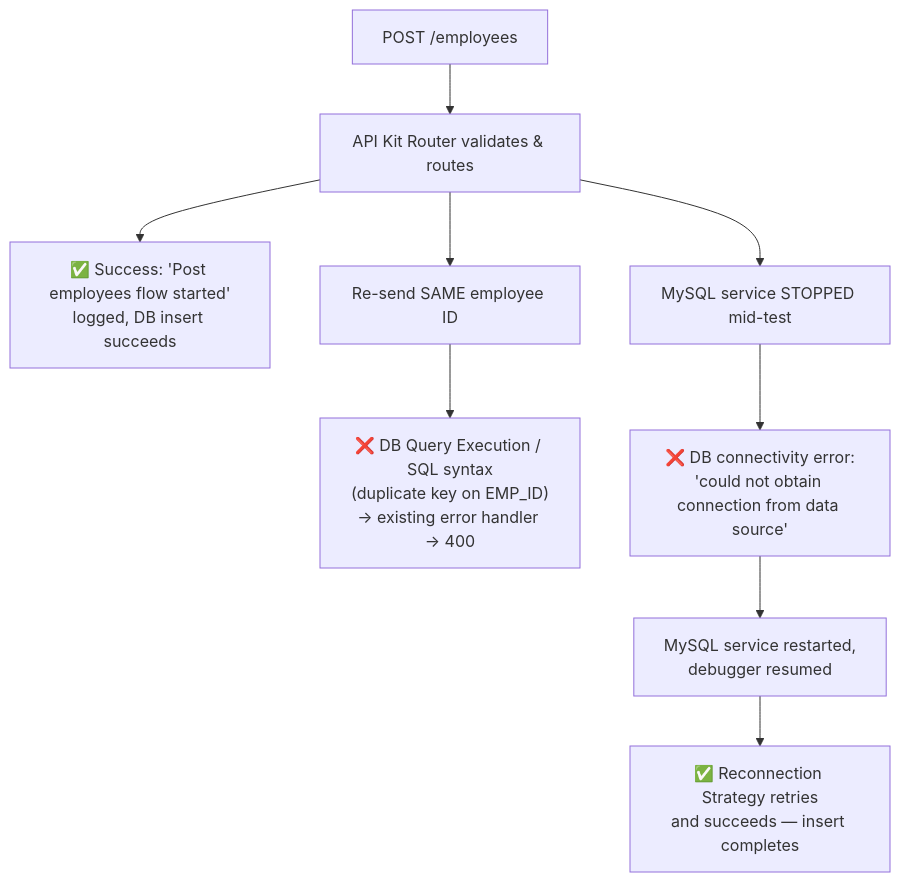
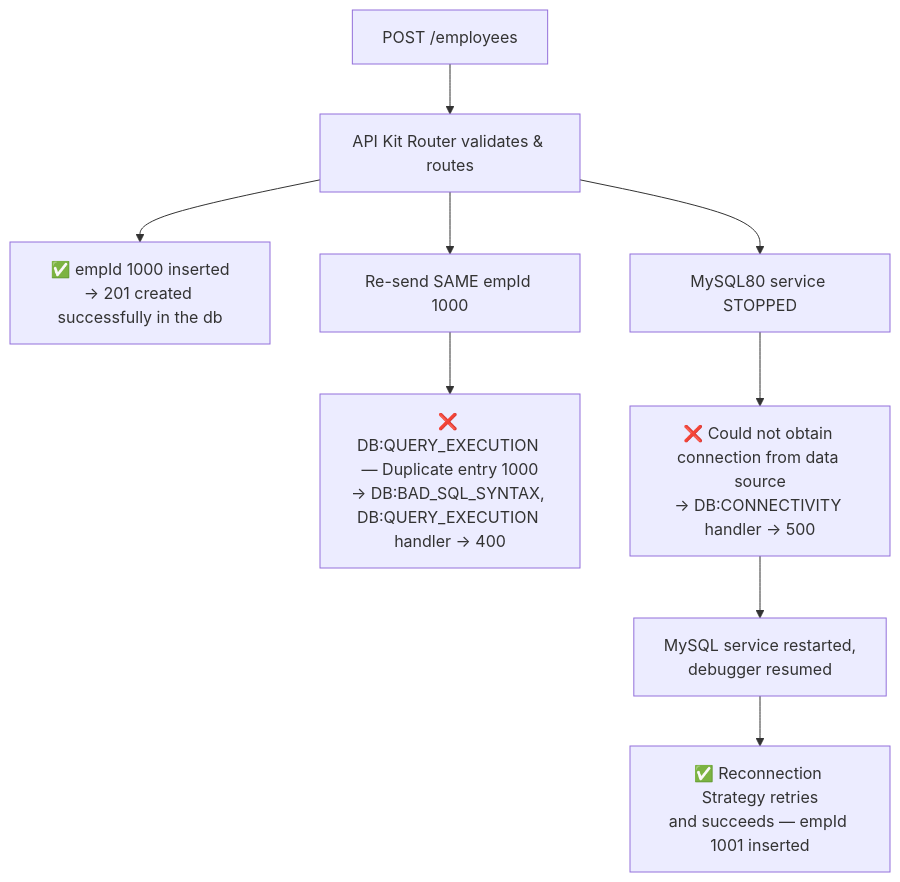
Diagram 11 of 11 in detailed-notes/day29.md (developerashok99/green-c-mule-notes), drawn with Mermaid before and after one commit. The commit also changed other lines of this file and 1 other file, not shown here.

````diff
--- a/detailed-notes/day29.md
+++ b/detailed-notes/day29.md
@@ -151,11 +183,11 @@
 ```mermaid
 flowchart TB
     Req["POST /employees"] --> Router["API Kit Router validates & routes"]
-    Router --> Success["✅ Success: 'Post employees flow started'\nlogged, DB insert succeeds"]
-    Router --> Dup["Re-send SAME employee ID"]
-    Dup --> DupErr["❌ DB Query Execution / SQL syntax\n(duplicate key on EMP_ID)\n→ existing error handler → 400"]
-    Router --> Stop["MySQL service STOPPED mid-test"]
-    Stop --> ConnErr["❌ DB connectivity error:\n'could not obtain connection from data source'"]
+    Router --> Success["✅ empId 1000 inserted<br/>→ 201 created successfully in the db"]
+    Router --> Dup["Re-send SAME empId 1000"]
+    Dup --> DupErr["❌ DB:QUERY_EXECUTION — Duplicate entry 1000<br/>→ DB:BAD_SQL_SYNTAX, DB:QUERY_EXECUTION handler → 400"]
+    Router --> Stop["MySQL80 service STOPPED"]
+    Stop --> ConnErr["❌ Could not obtain connection from data source<br/>→ DB:CONNECTIVITY handler → 500"]
     ConnErr --> Restart["MySQL service restarted,\ndebugger resumed"]
-    Restart --> Retry["✅ Reconnection Strategy retries\nand succeeds — insert completes"]
+    Restart --> Retry["✅ Reconnection Strategy retries<br/>and succeeds — empId 1001 inserted"]
 ```
````
